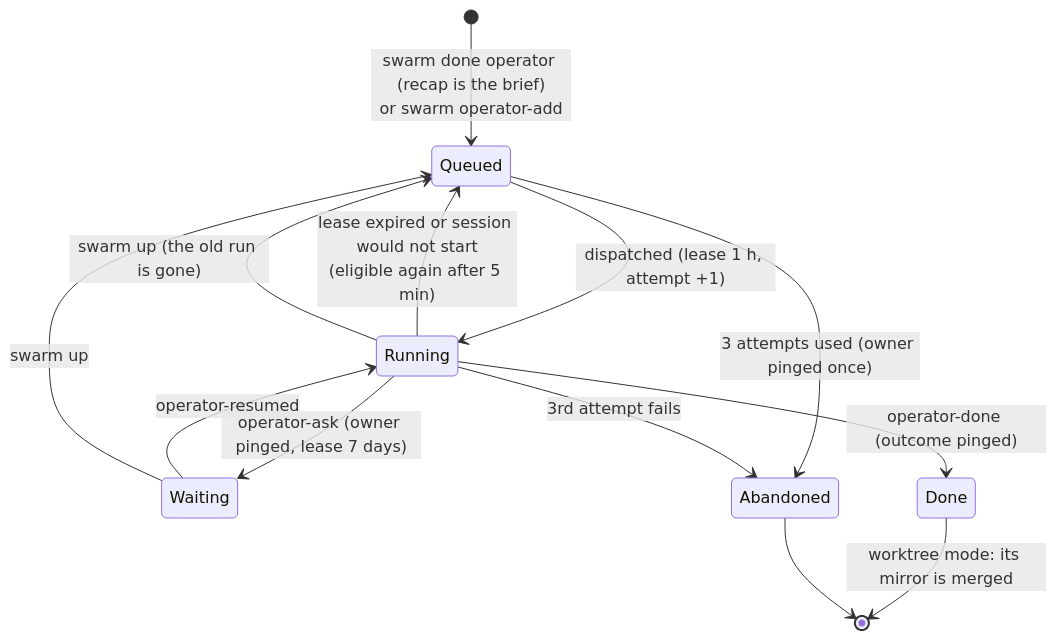
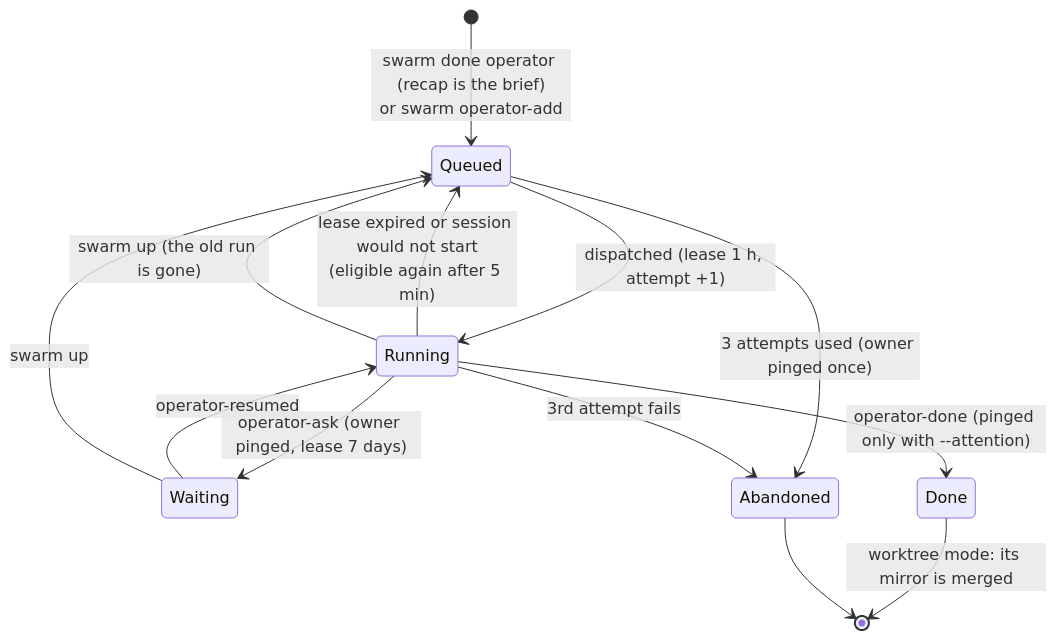
One commit to sezaiarda/swarm-orchestrator changed the third of 5 diagrams in README.md. Above: the diagram before and after it, drawn with Mermaid. The commit also changed other lines of this file and 22 other files, not shown here.

First line of the commit message:
operator: routine outcomes stop pinging; --attention pings, the Overseer's digest carries the rest

````diff
--- a/README.md
+++ b/README.md
@@ -262,16 +264,16 @@
 ```mermaid
 stateDiagram-v2
   direction TB
   [*] --> Queued: swarm done operator (recap is the brief)<br/>or swarm operator-add
   Queued --> Running: dispatched (lease 1 h, attempt +1)
   Running --> Waiting: operator-ask (owner pinged, lease 7 days)
   Waiting --> Running: operator-resumed
-  Running --> Done: operator-done (outcome pinged)
+  Running --> Done: operator-done (pinged only with --attention)
   Running --> Queued: lease expired or session would not start<br/>(eligible again after 5 min)
   Running --> Queued: swarm up (the old run is gone)
   Waiting --> Queued: swarm up
   Queued --> Abandoned: 3 attempts used (owner pinged once)
   Running --> Abandoned: 3rd attempt fails
   Done --> [*]: worktree mode: its mirror is merged
   Abandoned --> [*]
 ```
````
